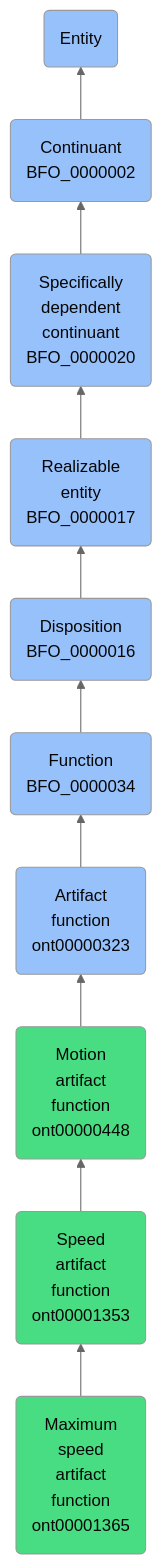
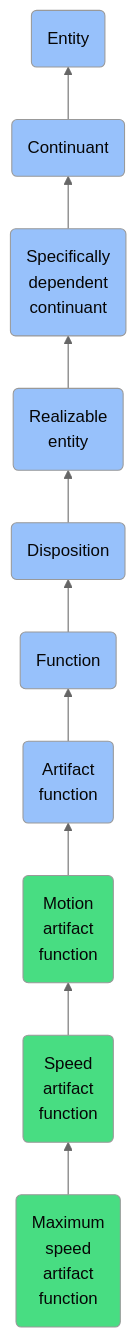
The diagram in docs/ontology/reference/model/Entity/Continuant/Specifically dependent continuant/Realizable entity/Disposition/Function/Artifact function/Motion artifact function/Speed artifact function/Maximum speed artifact function/Maximum speed artifact function.md (jupyter-naas/abi), drawn with Mermaid (neutral theme) before and after one commit. The commit also changed other lines of this file and 1430 other files, not shown here.

````diff
--- a/docs/ontology/reference/model/Entity/Continuant/Specifically dependent continuant/Realizable entity/Disposition/Function/Artifact function/Motion artifact function/Speed artifact function/Maximum speed artifact function/Maximum speed artifact function.md
+++ b/docs/ontology/reference/model/Entity/Continuant/Specifically dependent continuant/Realizable entity/Disposition/Function/Artifact function/Motion artifact function/Speed artifact function/Maximum speed artifact function/Maximum speed artifact function.md
@@ -24,17 +24,17 @@
 ```mermaid
 graph BT
-    ont00001365(Maximum<br>speed<br>artifact<br>function<br>ont00001365):::ABI-->ont00001353
-    ont00001353(Speed<br>artifact<br>function<br>ont00001353):::ABI-->ont00000448
-    ont00000448(Motion<br>artifact<br>function<br>ont00000448):::ABI-->ont00000323
-    ont00000323(Artifact<br>function<br>ont00000323):::BFO-->BFO_0000034
-    BFO_0000034(Function<br>BFO_0000034):::BFO-->BFO_0000016
-    BFO_0000016(Disposition<br>BFO_0000016):::BFO-->BFO_0000017
-    BFO_0000017(Realizable<br>entity<br>BFO_0000017):::BFO-->BFO_0000020
-    BFO_0000020(Specifically<br>dependent<br>continuant<br>BFO_0000020):::BFO-->BFO_0000002
-    BFO_0000002(Continuant<br>BFO_0000002):::BFO-->BFO_0000001
+    ont00001365(Maximum<br>speed<br>artifact<br>function):::ABI-->ont00001353
+    ont00001353(Speed<br>artifact<br>function):::ABI-->ont00000448
+    ont00000448(Motion<br>artifact<br>function):::ABI-->ont00000323
+    ont00000323(Artifact<br>function):::BFO-->BFO_0000034
+    BFO_0000034(Function):::BFO-->BFO_0000016
+    BFO_0000016(Disposition):::BFO-->BFO_0000017
+    BFO_0000017(Realizable<br>entity):::BFO-->BFO_0000020
+    BFO_0000020(Specifically<br>dependent<br>continuant):::BFO-->BFO_0000002
+    BFO_0000002(Continuant):::BFO-->BFO_0000001
     BFO_0000001(Entity):::BFO
     
     classDef BFO fill:#97c1fb,color:#060606
     classDef CCO fill:#e4c51e,color:#060606
     classDef ABI fill:#48DD82,color:#060606
 ```
````
